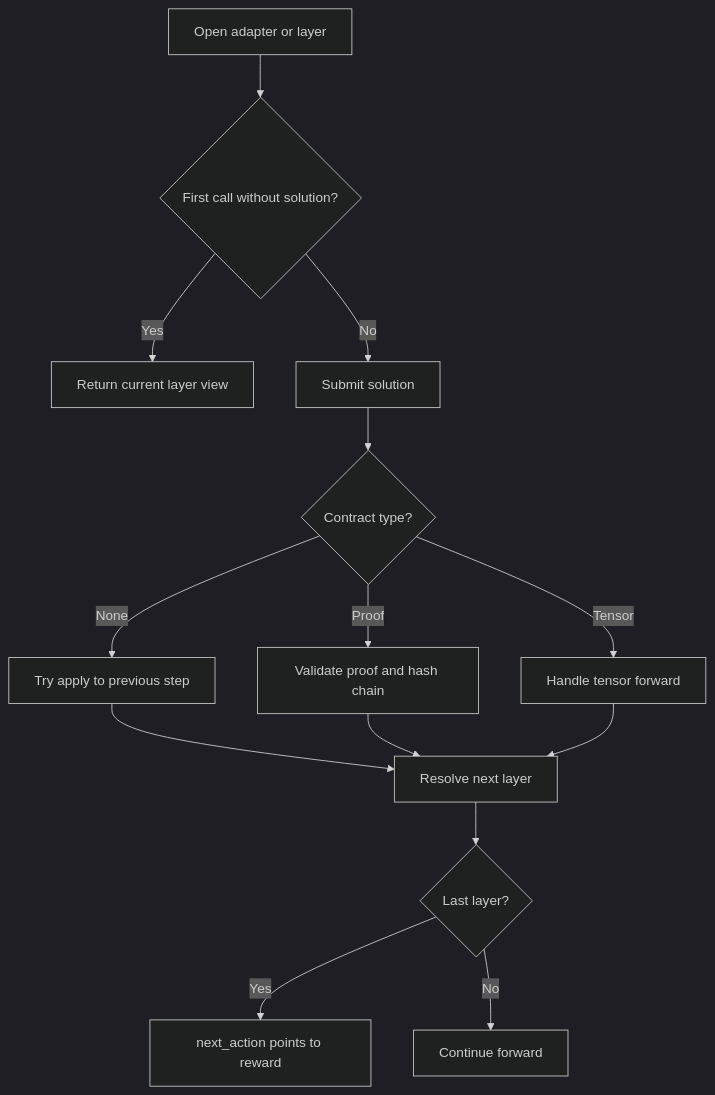
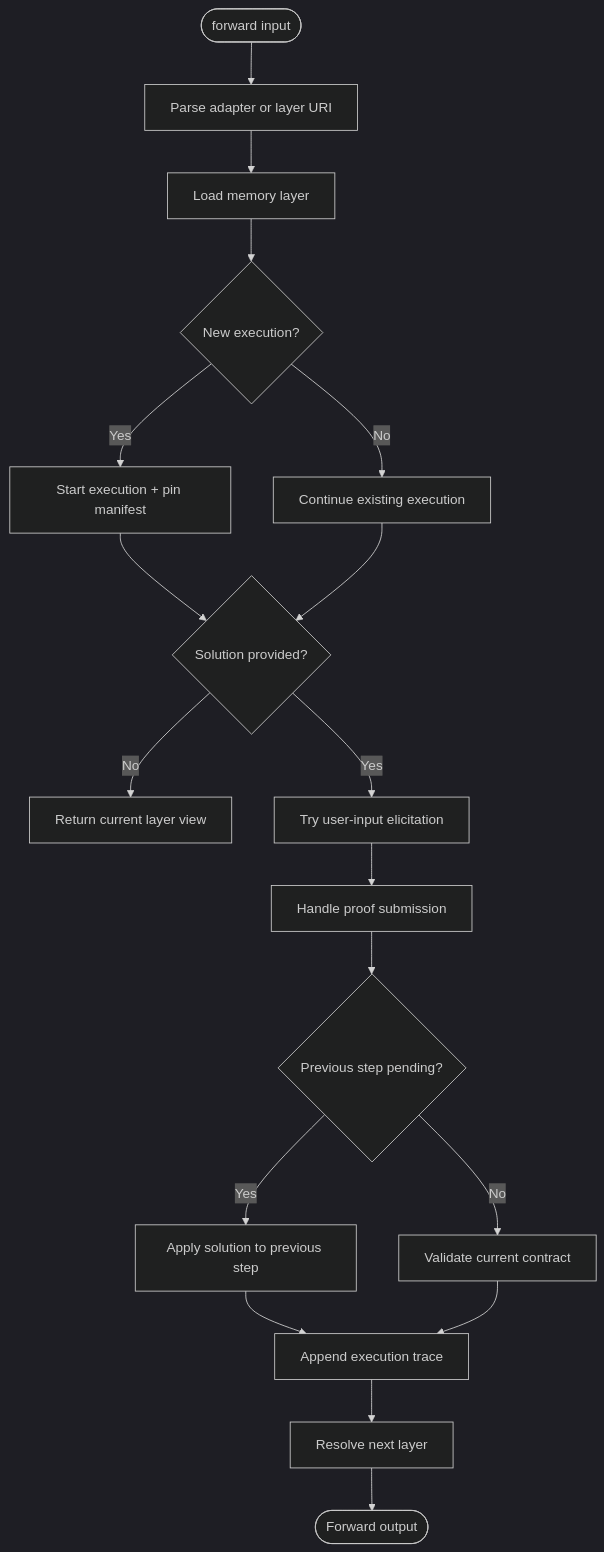
Before and after one commit to SquadRules/mcp: the eighth of 13 diagrams in .qoder/repowiki/en/content/Core Concepts/Core Concepts.md, drawn with Mermaid (dark theme). The commit also changed other lines of this file and 602 other files, not shown here.

````diff
--- a/.qoder/repowiki/en/content/Core Concepts/Core Concepts.md
+++ b/.qoder/repowiki/en/content/Core Concepts/Core Concepts.md
@@ -296,16 +337,20 @@
 ```mermaid
 flowchart TD
-Start["Open adapter or layer"] --> FirstCall{"First call without solution?"}
-FirstCall --> |Yes| ShowCurrent["Return current layer view"]
-FirstCall --> |No| SubmitSolution["Submit solution"]
-SubmitSolution --> ContractType{"Contract type?"}
-ContractType --> |Tensor| TensorFlow["Handle tensor forward"]
-ContractType --> |None| PreviousStep["Try apply to previous step"]
-ContractType --> |Proof| ValidateProof["Validate proof and hash chain"]
-PreviousStep --> NextLayer["Resolve next layer"]
-ValidateProof --> NextLayer
-TensorFlow --> NextLayer
-NextLayer --> Complete{"Last layer?"}
-Complete --> |Yes| Reward["next_action points to reward"]
-Complete --> |No| Continue["Continue forward"]
+Start(["forward input"]) --> ParseURI["Parse adapter or layer URI"]
+ParseURI --> Load["Load memory layer"]
+Load --> Session{"New execution?"}
+Session --> |Yes| StartExec["Start execution + pin manifest"]
+Session --> |No| Continue["Continue existing execution"]
+StartExec --> Solution{"Solution provided?"}
+Continue --> Solution
+Solution --> |No| View["Return current layer view"]
+Solution --> |Yes| Elicit["Try user-input elicitation"]
+Elicit --> Proof["Handle proof submission"]
+Proof --> Previous{"Previous step pending?"}
+Previous --> |Yes| ApplyPrev["Apply solution to previous step"]
+Previous --> |No| Current["Validate current contract"]
+ApplyPrev --> Trace["Append execution trace"]
+Current --> Trace
+Trace --> Next["Resolve next layer"]
+Next --> End(["Forward output"])
 ```
````
